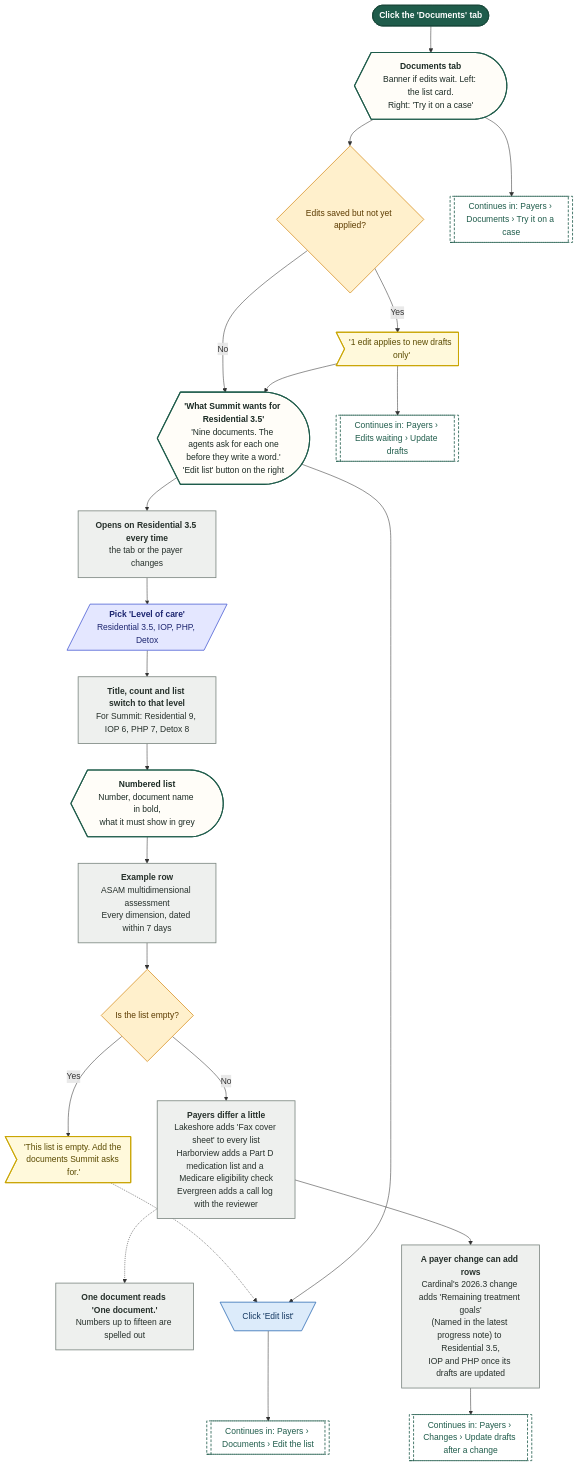
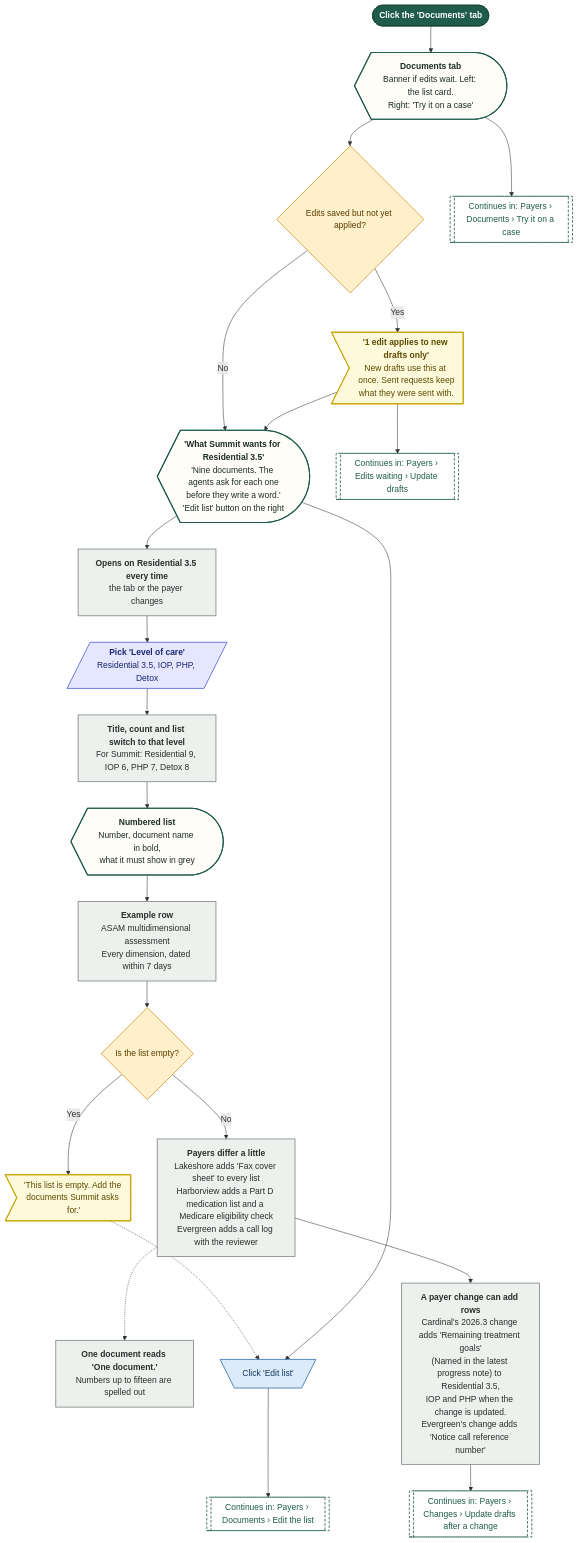
Before and after one commit to Shrav143/psyfloapp: diagram 16 of 25 in demos/prior-auth-demo/workflows/out/md/10-payers.md, drawn with Mermaid. The commit also changed other lines of this file and 195 other files, not shown here.

First line of the commit message:
docs: Rebuild workflow diagrams after the demo fixes (220 diagrams)

````diff
--- a/demos/prior-auth-demo/workflows/out/md/10-payers.md
+++ b/demos/prior-auth-demo/workflows/out/md/10-payers.md
@@ -1156,61 +1174,61 @@
 ```mermaid
 %%{init: {"theme":"base","themeVariables":{"fontFamily":"'DM Sans', 'Segoe UI', system-ui, sans-serif","fontSize":"15px","lineColor":"#5B6B63","primaryTextColor":"#1C2B25","clusterBkg":"#FBF8F3","clusterBorder":"#D9CDBB","edgeLabelBackground":"#FFFFFF"},"flowchart":{"curve":"basis","nodeSpacing":36,"rankSpacing":48,"padding":12,"htmlLabels":true,"useMaxWidth":false,"wrappingWidth":230}} }%%
 flowchart TD
   classDef k_start fill:#1F5C4B,stroke:#174638,color:#FFFFFF,stroke-width:1.5px,font-weight:600
   classDef k_end fill:#DDEFE3,stroke:#2E7D4F,color:#14502F,stroke-width:1.5px,font-weight:600
   classDef k_endx fill:#FBE3E0,stroke:#C0392B,color:#7A1F16,stroke-width:1.5px,font-weight:600
   classDef k_screen fill:#FFFDF8,stroke:#1F5C4B,color:#1C2B25,stroke-width:2px
   classDef k_overlay fill:#F1F7F3,stroke:#1F5C4B,color:#1C2B25,stroke-width:2px,stroke-dasharray:5 3
   classDef k_click fill:#DCEBFA,stroke:#2F6DB5,color:#12365F,stroke-width:1.5px
   classDef k_input fill:#E4E7FF,stroke:#4C5FD5,color:#1D2670,stroke-width:1.5px
   classDef k_process fill:#EEF0EE,stroke:#7A857F,color:#26302B,stroke-width:1.5px
   classDef k_agent fill:#EEE5FA,stroke:#7A4FC2,color:#341A63,stroke-width:1.5px
   classDef k_decision fill:#FFF0CC,stroke:#D9962B,color:#5C3B00,stroke-width:1.5px
   classDef k_store fill:#D5F0EA,stroke:#1C8E7B,color:#0B4A3F,stroke-width:1.5px
   classDef k_doc fill:#F6E9DC,stroke:#B07A4C,color:#4A2E14,stroke-width:1.5px
   classDef k_ext fill:#FFE6D2,stroke:#E07B39,color:#6B2F06,stroke-width:1.5px
   classDef k_wait fill:#E4E8EE,stroke:#6B7C93,color:#26303D,stroke-width:1.5px
   classDef k_toast fill:#FFF9DB,stroke:#C9A400,color:#5A4A00,stroke-width:1.5px
   classDef k_goto fill:#FFFFFF,stroke:#1F5C4B,color:#1F5C4B,stroke-width:1.5px,stroke-dasharray:5 3
   s1@{ shape: stadium, label: "Click the 'Documents' tab" }
   tab@{ shape: curv-trap, label: "<b>Documents tab</b><br/>Banner if edits wait. Left: the list card.<br/>Right: 'Try it on a case'" }
   card@{ shape: curv-trap, label: "<b>'What Summit wants for Residential 3.5'</b><br/>'Nine documents. The agents ask for each one<br/>before they write a word.'<br/>'Edit list' button on the right" }
   dflt@{ shape: rect, label: "<b>Opens on Residential 3.5 every time</b><br/>the tab or the payer changes" }
   lc@{ shape: lean-r, label: "<b>Pick 'Level of care'</b><br/>Residential 3.5, IOP, PHP, Detox" }
   sw@{ shape: rect, label: "<b>Title, count and list switch to that level</b><br/>For Summit: Residential 9, IOP 6, PHP 7, Detox 8" }
   ol@{ shape: curv-trap, label: "<b>Numbered list</b><br/>Number, document name in bold,<br/>what it must show in grey" }
   ex@{ shape: rect, label: "<b>Example row</b><br/>ASAM multidimensional assessment<br/>Every dimension, dated within 7 days" }
   any@{ shape: diam, label: "Is the list empty?" }
   em@{ shape: odd, label: "'This list is empty. Add the documents Summit asks for.'" }
   pdiff@{ shape: rect, label: "<b>Payers differ a little</b><br/>Lakeshore adds 'Fax cover sheet' to every list<br/>Harborview adds a Part D medication list and a Medicare eligibility check<br/>Evergreen adds a call log with the reviewer" }
   one@{ shape: rect, label: "<b>One document reads 'One document.'</b><br/>Numbers up to fifteen are spelled out" }
   dU@{ shape: diam, label: "Edits saved but not yet applied?" }
-  bU@{ shape: odd, label: "'1 edit applies to new drafts only'" }
+  bU@{ shape: odd, label: "<b>'1 edit applies to new drafts only'</b><br/>New drafts use this at once. Sent requests keep<br/>what they were sent with." }
   ce@{ shape: trap-t, label: "Click 'Edit list'" }
   gE@{ shape: subproc, label: "Continues in: Payers › Documents › Edit the list" }
   gC@{ shape: subproc, label: "Continues in: Payers › Documents › Try it on a case" }
   gU@{ shape: subproc, label: "Continues in: Payers › Edits waiting › Update drafts" }
-  aft@{ shape: rect, label: "<b>A payer change can add rows</b><br/>Cardinal's 2026.3 change adds 'Remaining treatment goals'<br/>(Named in the latest progress note) to Residential 3.5,<br/>IOP and PHP once its drafts are updated" }
+  aft@{ shape: rect, label: "<b>A payer change can add rows</b><br/>Cardinal's 2026.3 change adds 'Remaining treatment goals'<br/>(Named in the latest progress note) to Residential 3.5,<br/>IOP and PHP when the change is updated.<br/>Evergreen's change adds 'Notice call reference number'" }
   gA@{ shape: subproc, label: "Continues in: Payers › Changes › Update drafts after a change" }
   s1 --> tab --> dU
   dU -->|"Yes"| bU --> gU
   dU -->|"No"| card
   bU --> card
   card --> dflt --> lc --> sw --> ol
   ol --> ex --> any
   any -->|"Yes"| em
   any -->|"No"| pdiff
   em -.-> ce
   pdiff -.-> one
   pdiff --> aft --> gA
   card --> ce --> gE
   tab --> gC
   class s1 k_start
   class tab,card,ol k_screen
   class dflt,sw,ex,pdiff,one,aft k_process
   class lc k_input
   class any,dU k_decision
   class em,bU k_toast
   class ce k_click
   class gE,gC,gU,gA k_goto
 ```
````
